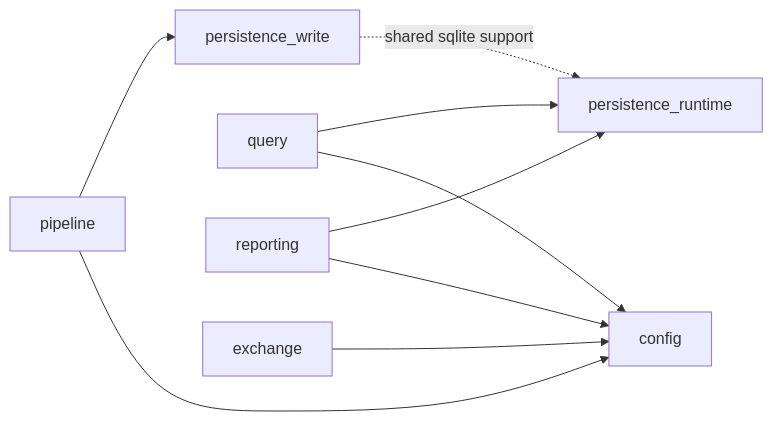
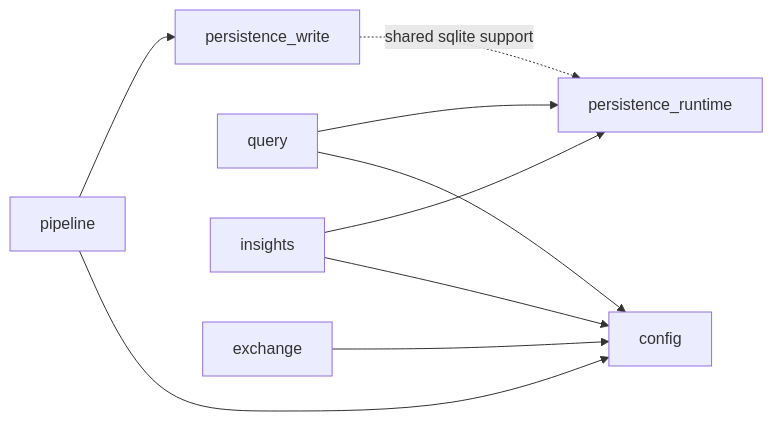
One commit to camellia2077/time_tracer changed the diagram in docs/time_tracer/core/overview/capability_map.md. Above: the diagram before and after it, drawn with Mermaid. The commit also changed other lines of this file and 980 other files, not shown here.

First line of the commit message:
refactor: rename reporting to insights

````diff
--- a/docs/time_tracer/core/overview/capability_map.md
+++ b/docs/time_tracer/core/overview/capability_map.md
@@ -39,11 +39,11 @@
 ```mermaid
 flowchart LR
     Pipeline["pipeline"] --> Config["config"]
     Pipeline --> PWrite["persistence_write"]
     Query["query"] --> Config
     Query --> PRuntime["persistence_runtime"]
-    Reporting["reporting"] --> Config
-    Reporting --> PRuntime
+    Insights["insights"] --> Config
+    Insights --> PRuntime
     Exchange["exchange"] --> Config
     PWrite -. "shared sqlite support" .-> PRuntime
 ```
````
